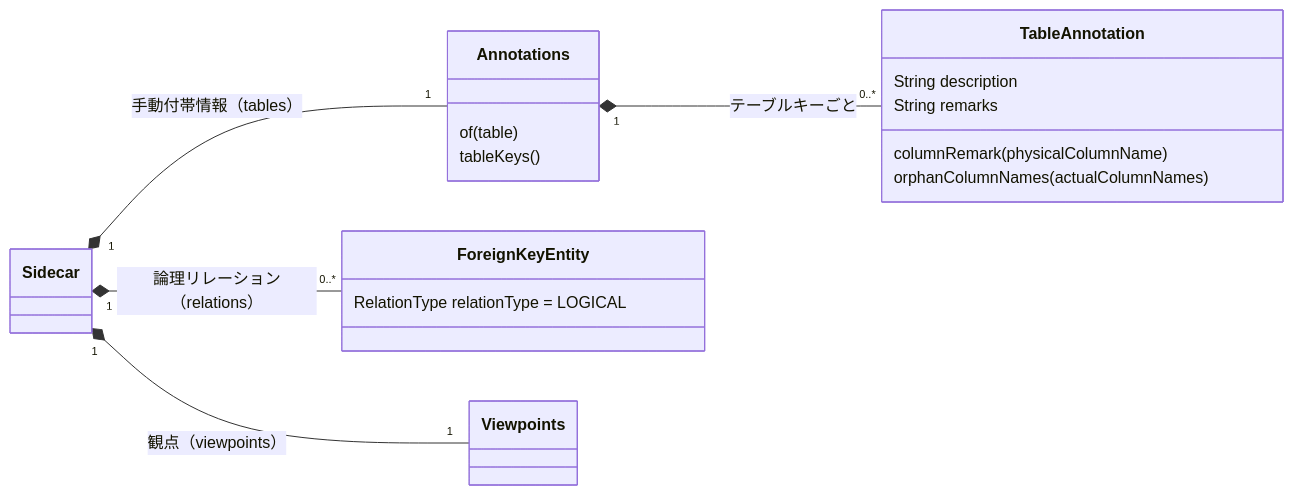
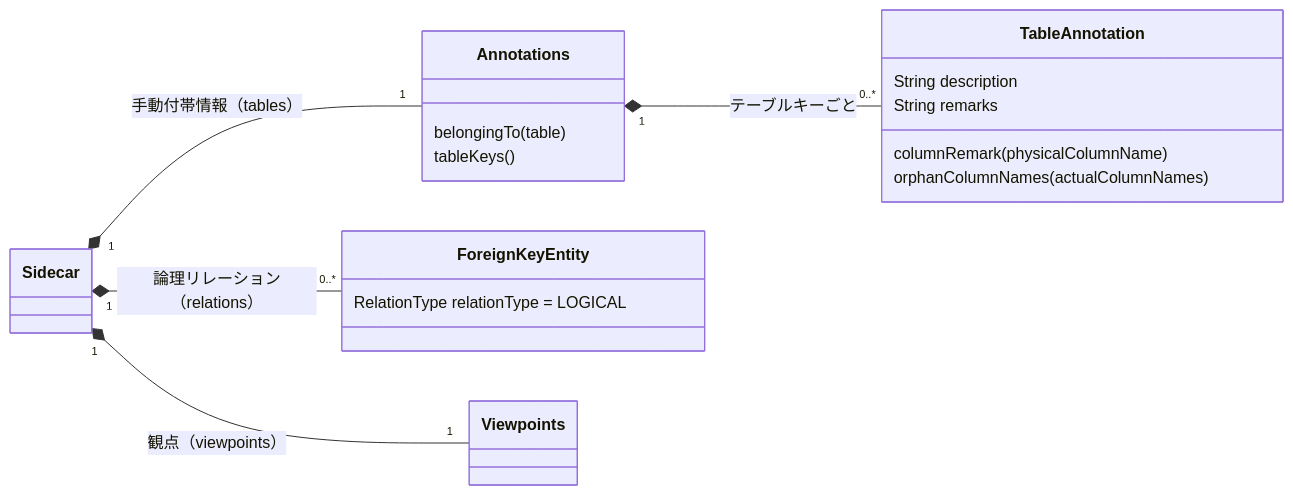
Before and after one commit to ebichan88/exportTableDefinition: the third of 5 diagrams in docs/architecture/domain-model.md, drawn with Mermaid. The commit also changed other lines of this file and 23 other files, not shown here.

````diff
--- a/docs/architecture/domain-model.md
+++ b/docs/architecture/domain-model.md
@@ -183,25 +183,25 @@
 ```mermaid
 classDiagram
   direction LR
   class Sidecar
   class Annotations {
-    of(table)
+    belongingTo(table)
     tableKeys()
   }
   class TableAnnotation {
     String description
     String remarks
     columnRemark(physicalColumnName)
     orphanColumnNames(actualColumnNames)
   }
   class ForeignKeyEntity {
     RelationType relationType = LOGICAL
   }
 
   class Viewpoints
 
   Sidecar "1" *-- "1" Annotations : 手動付帯情報（tables）
   Sidecar "1" *-- "0..*" ForeignKeyEntity : 論理リレーション（relations）
   Sidecar "1" *-- "1" Viewpoints : 観点（viewpoints）
   Annotations "1" *-- "0..*" TableAnnotation : テーブルキーごと
 ```
````
